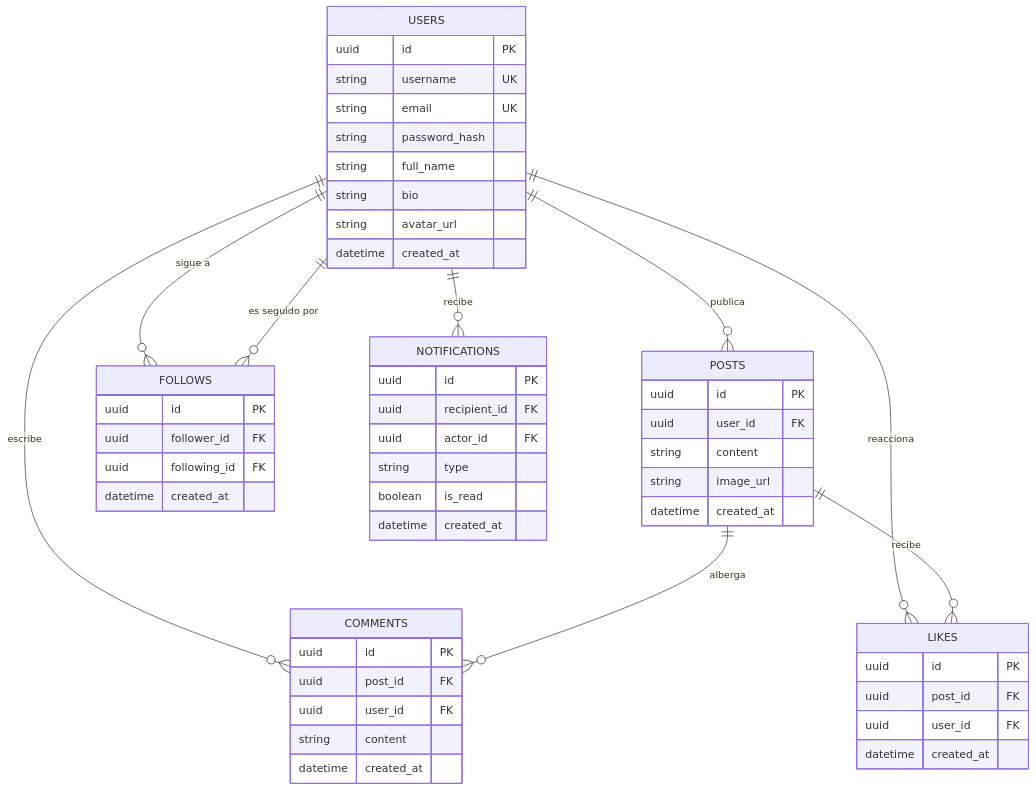
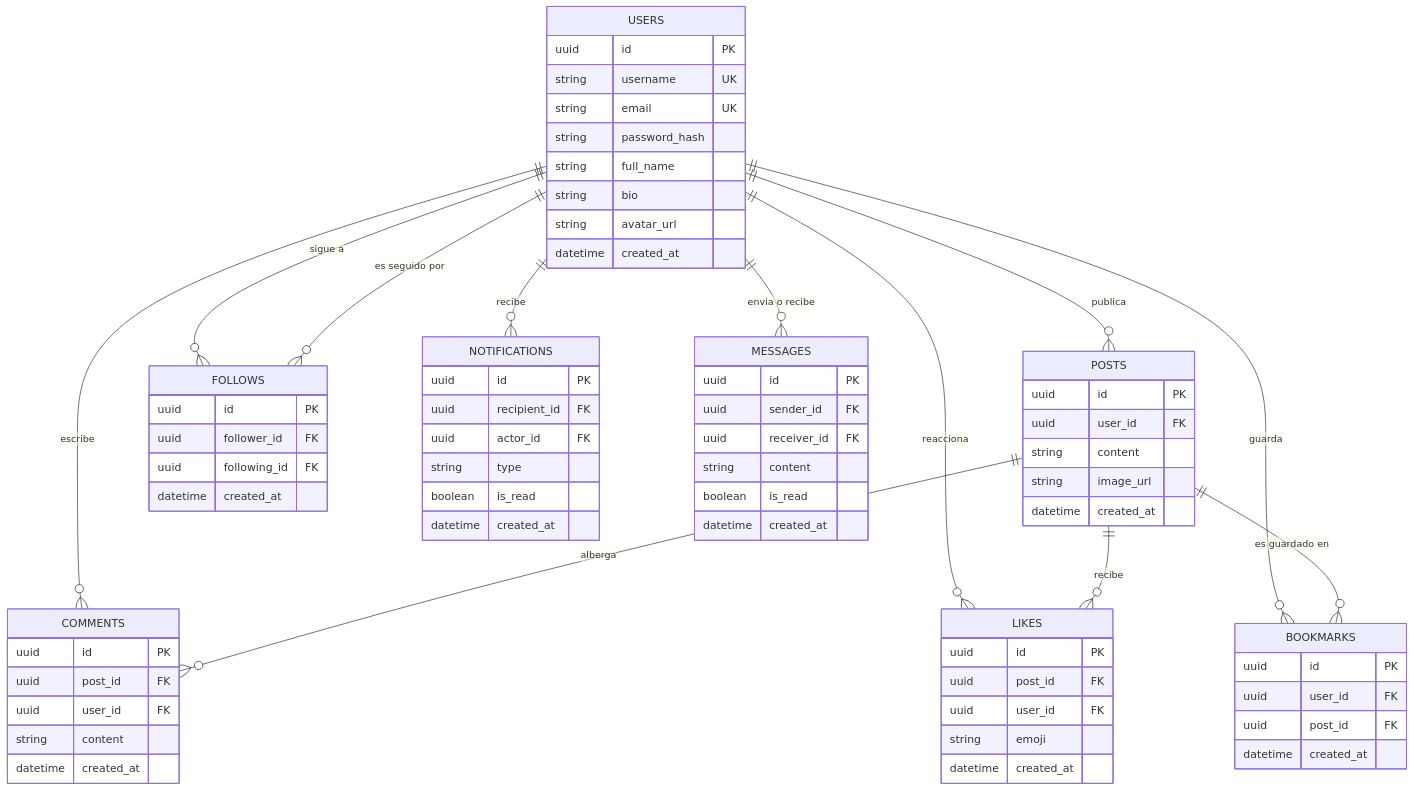
Before and after one commit to MayroGamerosXZ/Proyecto-Final-Red-Social: the second of 2 diagrams in README.md, drawn with Mermaid. The commit also changed other lines of this file and 27 other files, not shown here.

````diff
--- a/README.md
+++ b/README.md
@@ -118,62 +126,82 @@
 ```mermaid
 erDiagram
     USERS ||--o{ POSTS : "publica"
     USERS ||--o{ COMMENTS : "escribe"
     USERS ||--o{ LIKES : "reacciona"
+    USERS ||--o{ BOOKMARKS : "guarda"
     USERS ||--o{ FOLLOWS : "sigue a"
     USERS ||--o{ FOLLOWS : "es seguido por"
     USERS ||--o{ NOTIFICATIONS : "recibe"
+    USERS ||--o{ MESSAGES : "envia o recibe"
 
     POSTS ||--o{ COMMENTS : "alberga"
     POSTS ||--o{ LIKES : "recibe"
+    POSTS ||--o{ BOOKMARKS : "es guardado en"
 
     USERS {
         uuid id PK
         string username UK
         string email UK
         string password_hash
         string full_name
         string bio
         string avatar_url
         datetime created_at
     }
 
     POSTS {
         uuid id PK
         uuid user_id FK
         string content
         string image_url
         datetime created_at
     }
 
     COMMENTS {
         uuid id PK
         uuid post_id FK
         uuid user_id FK
         string content
         datetime created_at
     }
 
     LIKES {
         uuid id PK
         uuid post_id FK
         uuid user_id FK
+        string emoji
+        datetime created_at
+    }
+
+    BOOKMARKS {
+        uuid id PK
+        uuid user_id FK
+        uuid post_id FK
+        datetime created_at
+    }
+
+    MESSAGES {
+        uuid id PK
+        uuid sender_id FK
+        uuid receiver_id FK
+        string content
+        boolean is_read
         datetime created_at
     }
 
     FOLLOWS {
         uuid id PK
         uuid follower_id FK
         uuid following_id FK
         datetime created_at
     }
 
     NOTIFICATIONS {
         uuid id PK
         uuid recipient_id FK
         uuid actor_id FK
         string type
         boolean is_read
         datetime created_at
     }
 ```
````
